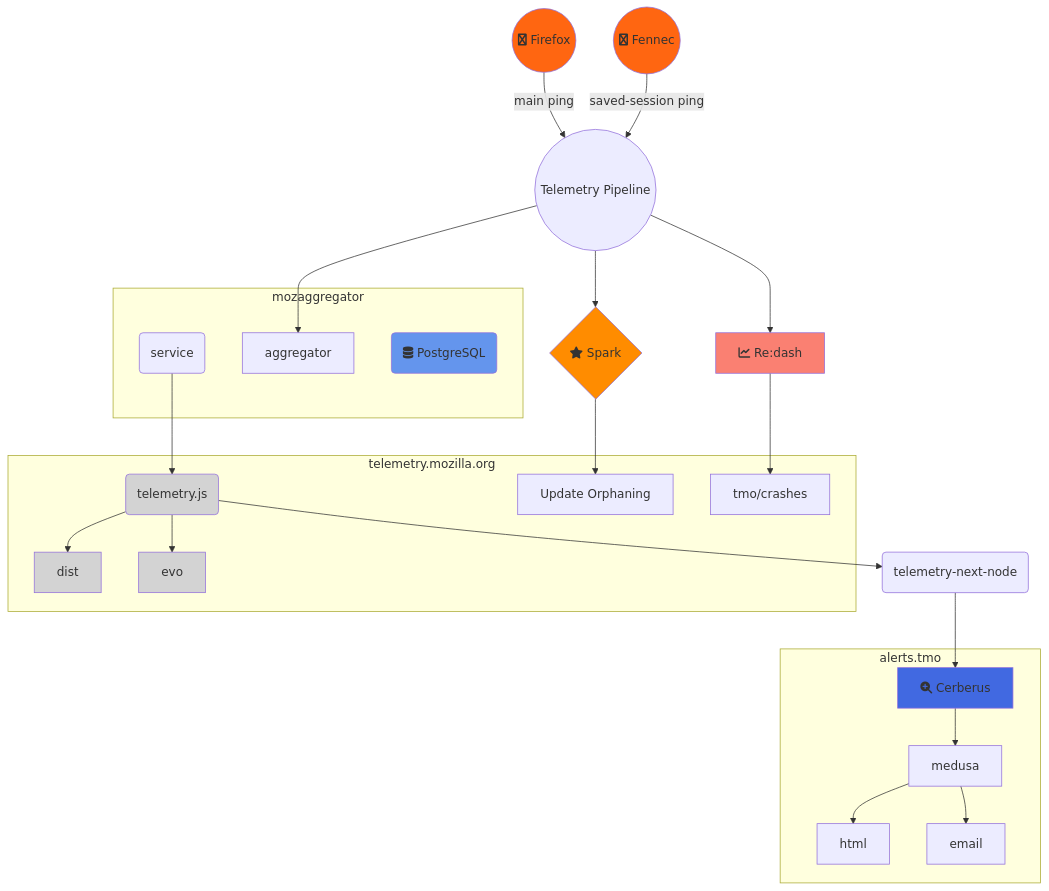
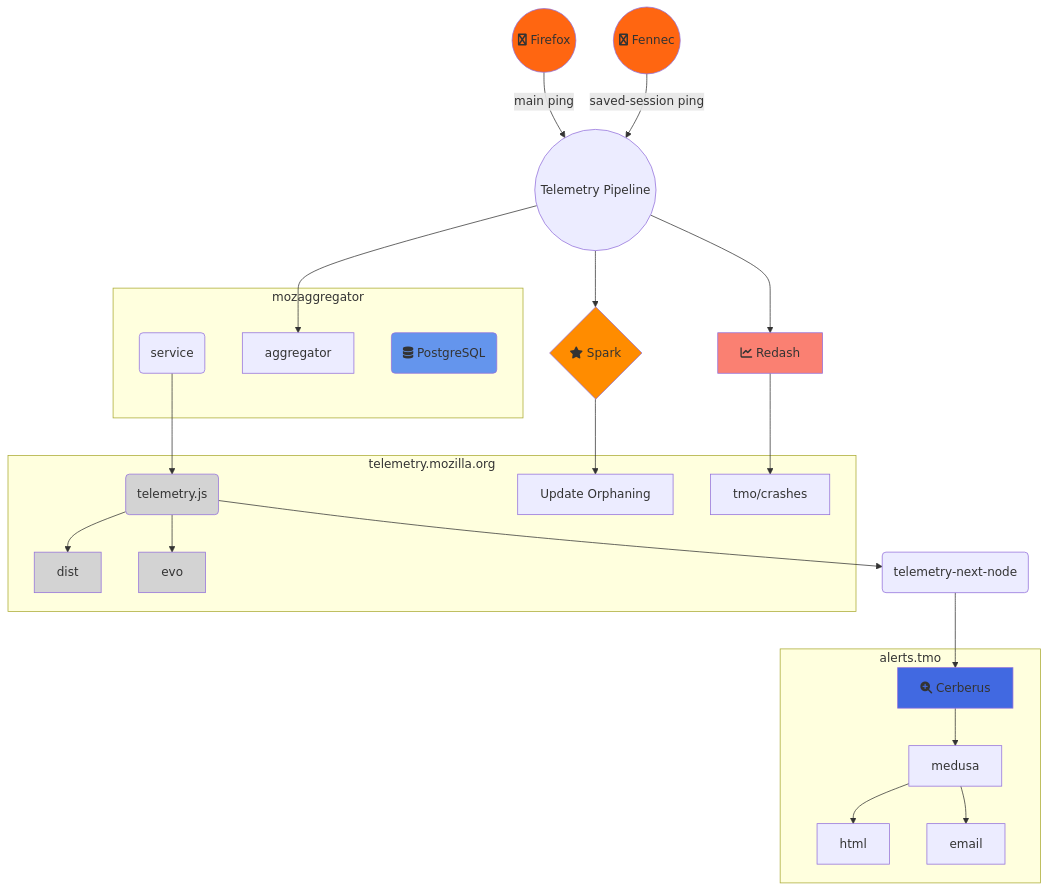
The second of 2 diagrams in src/concepts/pipeline/data_pipeline.md (mozilla/data-docs), drawn with Mermaid before and after one commit. The commit also changed other lines of this file and 30 other files, not shown here.

````diff
--- a/src/concepts/pipeline/data_pipeline.md
+++ b/src/concepts/pipeline/data_pipeline.md
@@ -105,47 +105,47 @@
 ```mermaid
 graph TD
 %% Data Flow Diagram for mozaggregator/TMO-adjacent services
 firefox((fa:fa-firefox Firefox)) --> |main ping| pipeline
 fennec((fa:fa-firefox Fennec)) --> |saved-session ping| pipeline
 pipeline((Telemetry Pipeline))
 
 subgraph mozaggregator
   service(service)
   aggregator
   rdbms(fa:fa-database PostgreSQL)
 end
 
 pipeline --> aggregator
 pipeline --> spark{fa:fa-star Spark}
-pipeline --> redash[fa:fa-line-chart Re:dash]
+pipeline --> redash[fa:fa-line-chart Redash]
 
 subgraph telemetry.mozilla.org
   telemetry.js(telemetry.js) --> dist
   telemetry.js --> evo
   orphan[Update Orphaning]
   crashdash[tmo/crashes]
 end
 
 redash --> crashdash
 service --> telemetry.js
 spark --> orphan
 
 telemetry.js --> telemetry-next-node(telemetry-next-node)
 subgraph alerts.tmo
   cerberus[fa:fa-search-plus Cerberus] -->medusa
   medusa --> html
   medusa --> email
 end
 
 telemetry-next-node --> cerberus
 
 style redash fill:salmon
 style spark fill:darkorange
 style rdbms fill:cornflowerblue
 style cerberus fill:royalblue
 style firefox fill:#f61
 style fennec fill:#f61
 style telemetry.js fill:lightgrey
 style dist fill:lightgrey
 style evo fill:lightgrey
 ```
````
